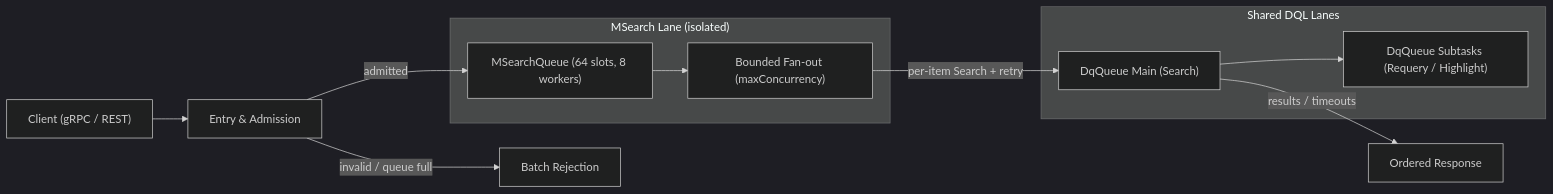
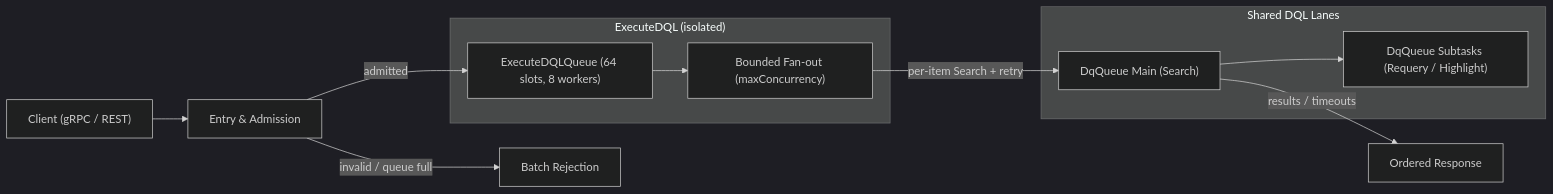
Before and after one commit to milvus-io/milvus: the diagram in docs/design-docs/design_docs/20261112-multisearch.md, drawn with Mermaid (dark theme). The commit also changed other lines of this file and 49 other files, not shown here.

First line of the commit message:
feat: adopt ExecuteDQL for batch search

````diff
--- a/docs/design-docs/design_docs/20261112-multisearch.md
+++ b/docs/design-docs/design_docs/20261112-multisearch.md
@@ -125,17 +142,17 @@
 ```mermaid
 flowchart LR
     Client["Client (gRPC / REST)"] --> Gate["Entry & Admission"]
     Gate -->|"invalid / queue full"| Reject["Batch Rejection"]
 
-    subgraph MSearch["MSearch Lane (isolated)"]
-        MQ["MSearchQueue (64 slots, 8 workers)"] --> Fanout["Bounded Fan-out (maxConcurrency)"]
+    subgraph ExecuteDQL["ExecuteDQL (isolated)"]
+        MQ["ExecuteDQLQueue (64 slots, 8 workers)"] --> Fanout["Bounded Fan-out (maxConcurrency)"]
     end
 
     subgraph DQL["Shared DQL Lanes"]
         Main["DqQueue Main (Search)"] --> Sub["DqQueue Subtasks (Requery / Highlight)"]
     end
 
     Gate -->|"admitted"| MQ
     Fanout -->|"per-item Search + retry"| Main
     Main -->|"results / timeouts"| Collect["Ordered Response"]
 ```
````
